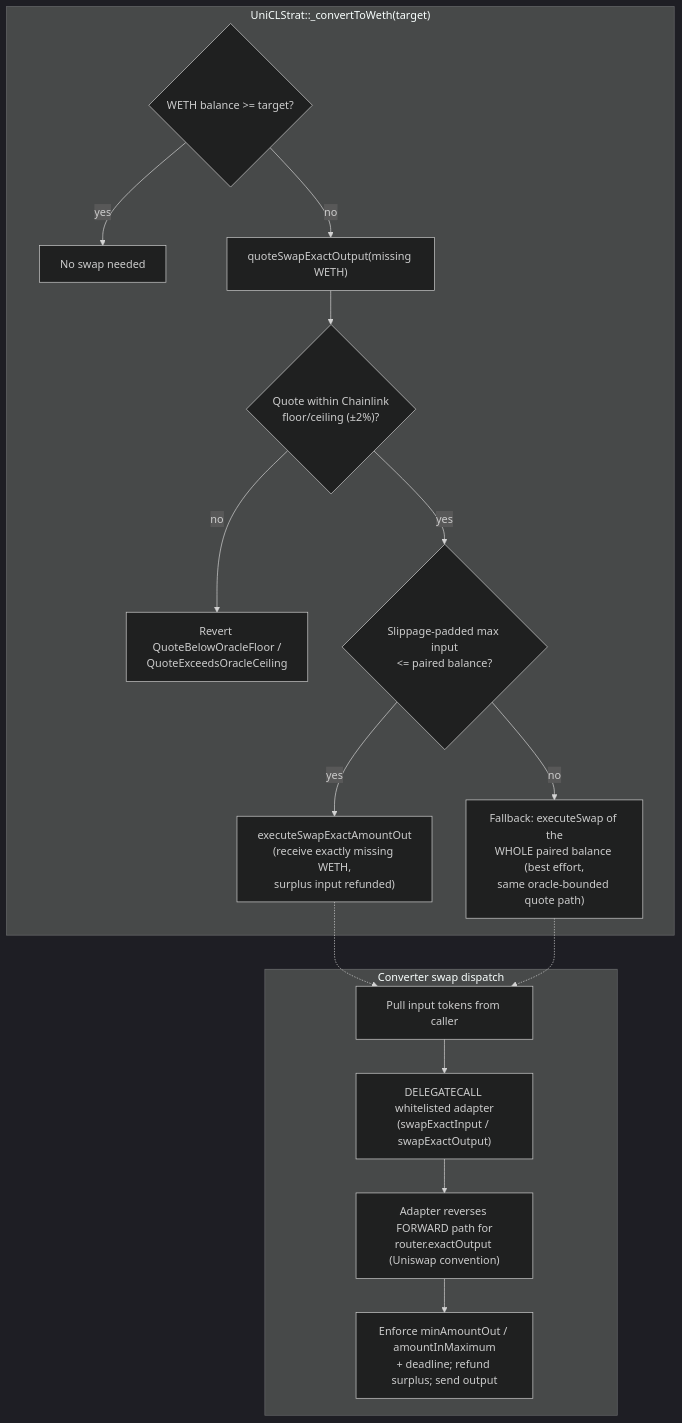
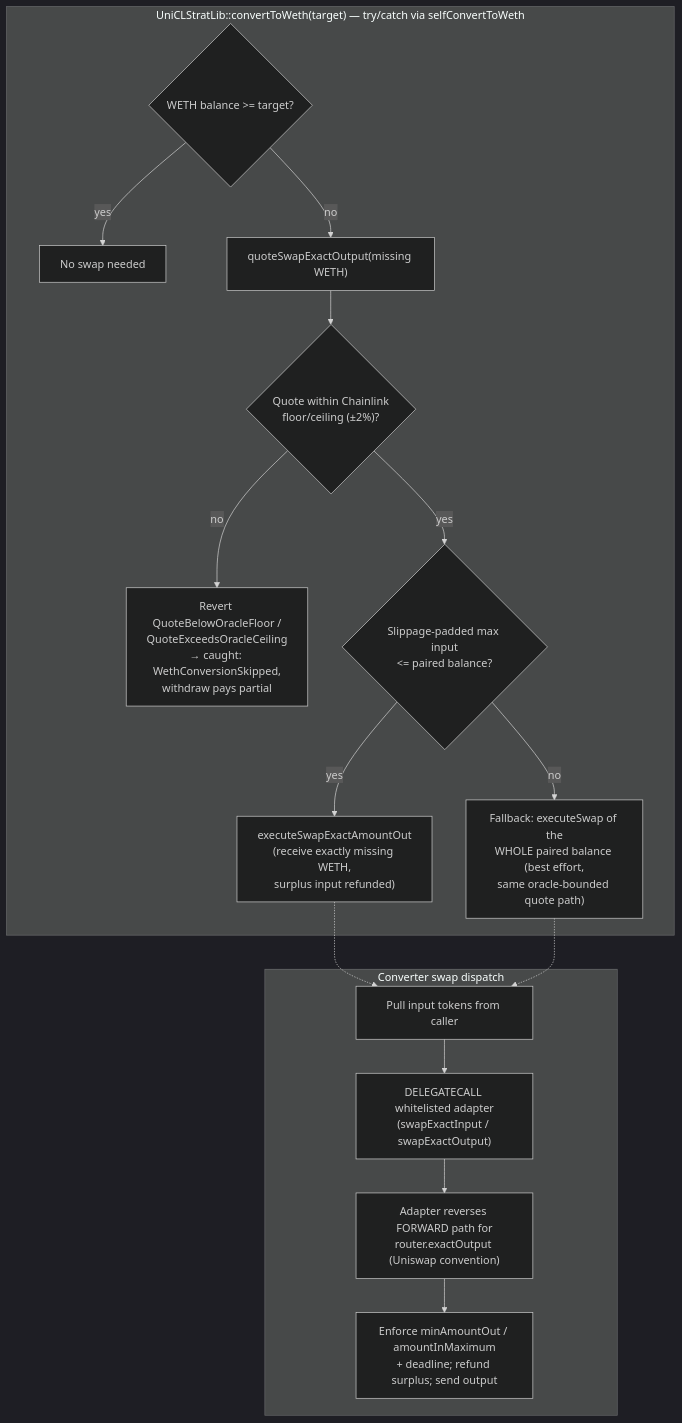
The sixth of 7 diagrams in mermaid/mermaid-smart-contracts.md (everstrat-xyz/contracts), drawn with Mermaid (dark theme) before and after one commit. The commit also changed other lines of this file and 9 other files, not shown here.

First line of the commit message:
Fix (G7): Pay out partially when UniCLStrat's paired -> WETH swap reverts

````diff
--- a/mermaid/mermaid-smart-contracts.md
+++ b/mermaid/mermaid-smart-contracts.md
@@ -979,33 +979,33 @@
 ```mermaid
 flowchart TD
-    subgraph exactOutput ["UniCLStrat::_convertToWeth(target)"]
+    subgraph exactOutput ["UniCLStratLib::convertToWeth(target) — try/catch via selfConvertToWeth"]
         Need{"WETH balance >= target?"}
         NoSwap["No swap needed"]
         Quote["quoteSwapExactOutput(missing WETH)"]
         Bounds{"Quote within Chainlink<br/>floor/ceiling (±2%)?"}
-        RevertQ["Revert QuoteBelowOracleFloor /<br/>QuoteExceedsOracleCeiling"]
+        RevertQ["Revert QuoteBelowOracleFloor /<br/>QuoteExceedsOracleCeiling<br/>→ caught: WethConversionSkipped,<br/>withdraw pays partial"]
         Cap{"Slippage-padded max input<br/><= paired balance?"}
         ExactOut["executeSwapExactAmountOut<br/>(receive exactly missing WETH,<br/>surplus input refunded)"]
         Fallback["Fallback: executeSwap of the<br/>WHOLE paired balance (best effort,<br/>same oracle-bounded quote path)"]
         Need -->|yes| NoSwap
         Need -->|no| Quote
         Quote --> Bounds
         Bounds -->|no| RevertQ
         Bounds -->|yes| Cap
         Cap -->|yes| ExactOut
         Cap -->|no| Fallback
     end
 
     subgraph dispatch ["Converter swap dispatch"]
         Pull["Pull input tokens from caller"]
         Delegate["DELEGATECALL whitelisted adapter<br/>(swapExactInput / swapExactOutput)"]
         Reverse["Adapter reverses FORWARD path for<br/>router.exactOutput (Uniswap convention)"]
         Enforce["Enforce minAmountOut / amountInMaximum<br/>+ deadline; refund surplus; send output"]
         Pull --> Delegate
         Delegate --> Reverse
         Reverse --> Enforce
     end
 
     ExactOut -.-> Pull
     Fallback -.-> Pull
 ```
````
